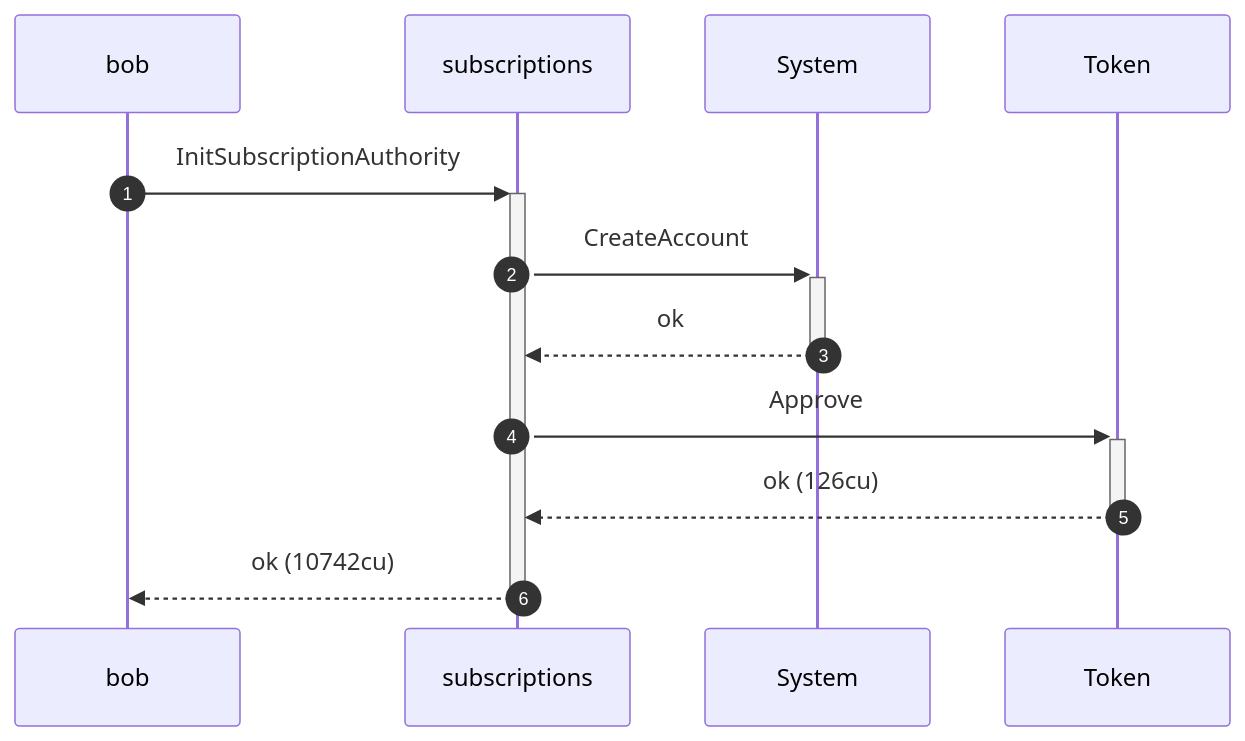
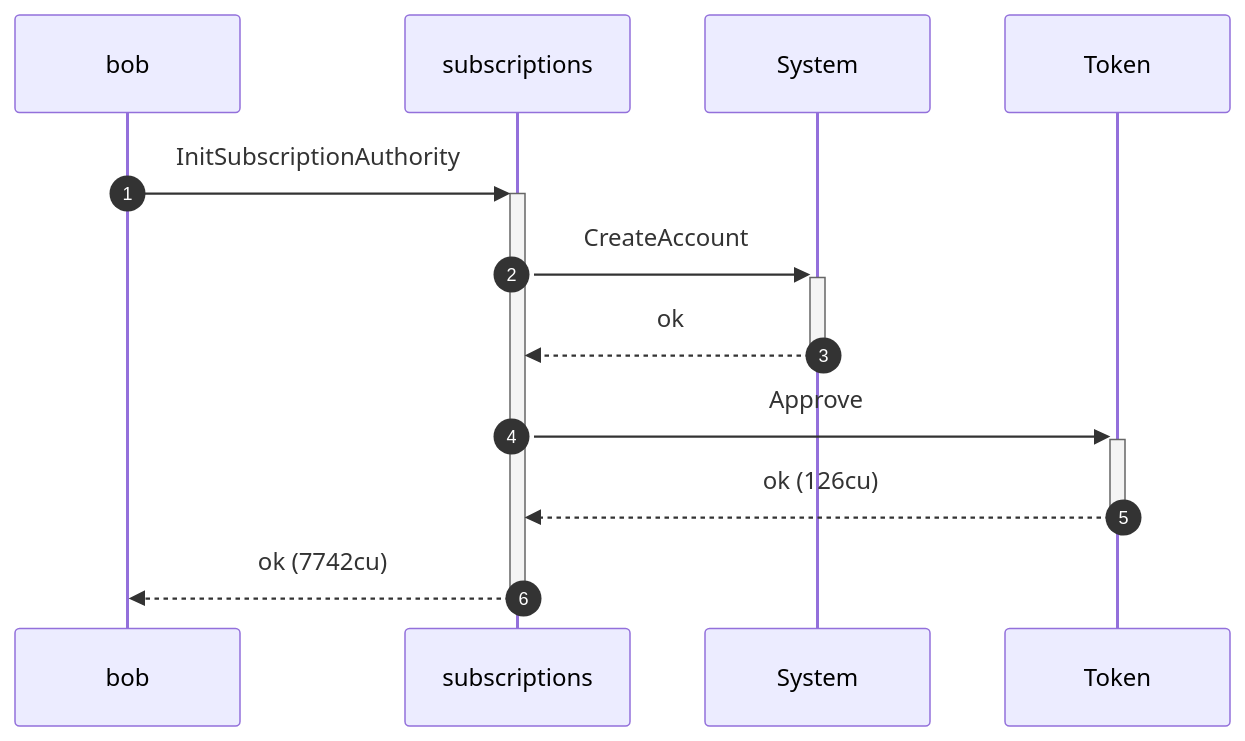
One commit to cds-rs/subscriptions changed the tenth of 16 diagrams in dsl_tests/recurring-transfer-delegator-mismatch-exploit-is-blocked.md. Above: the diagram before and after it, drawn with Mermaid. The commit also changed other lines of this file and 224 other files, not shown here.

````diff
--- a/dsl_tests/recurring-transfer-delegator-mismatch-exploit-is-blocked.md
+++ b/dsl_tests/recurring-transfer-delegator-mismatch-exploit-is-blocked.md
@@ -194,14 +203,14 @@
 ```mermaid
 sequenceDiagram
     autonumber
     participant bob
     participant subscriptions
     participant System
     participant Token
     bob ->>+ subscriptions: InitSubscriptionAuthority
     subscriptions ->>+ System: CreateAccount
     System -->>- subscriptions: ok
     subscriptions ->>+ Token: Approve
     Token -->>- subscriptions: ok (126cu)
-    subscriptions -->>- bob: ok (10742cu)
+    subscriptions -->>- bob: ok (7742cu)
 ```
````
